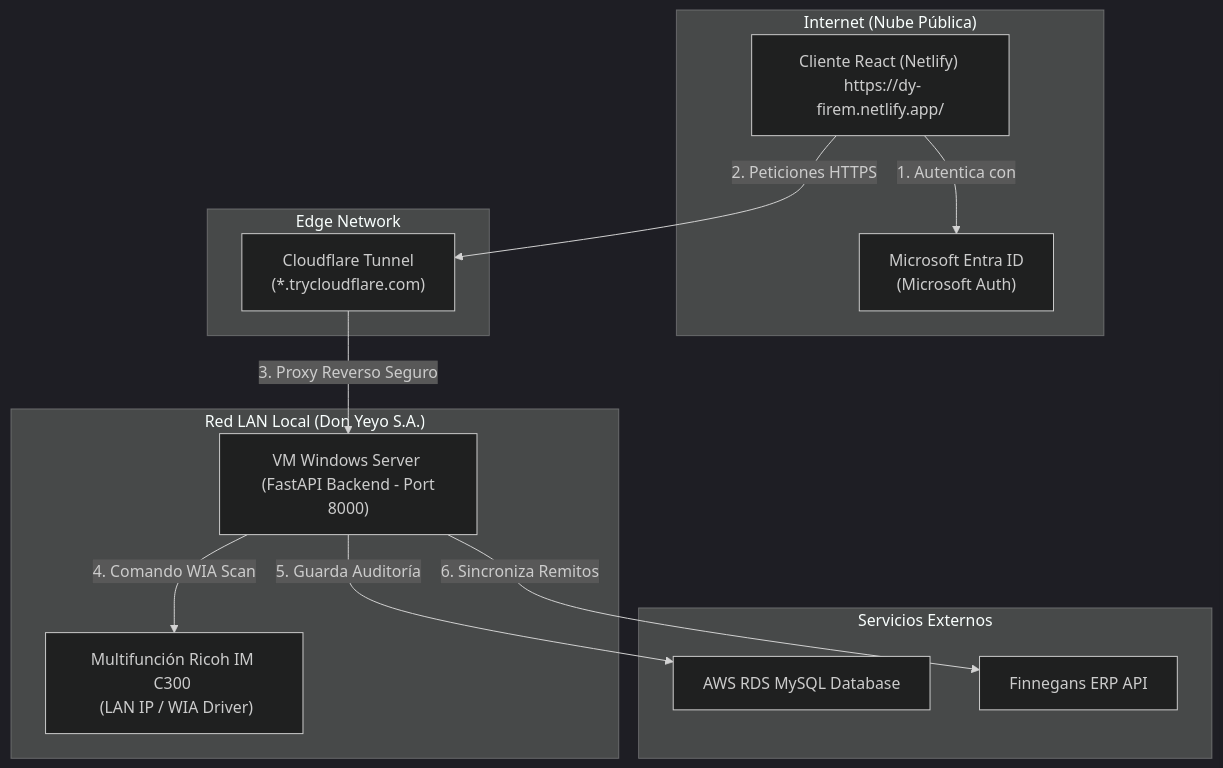
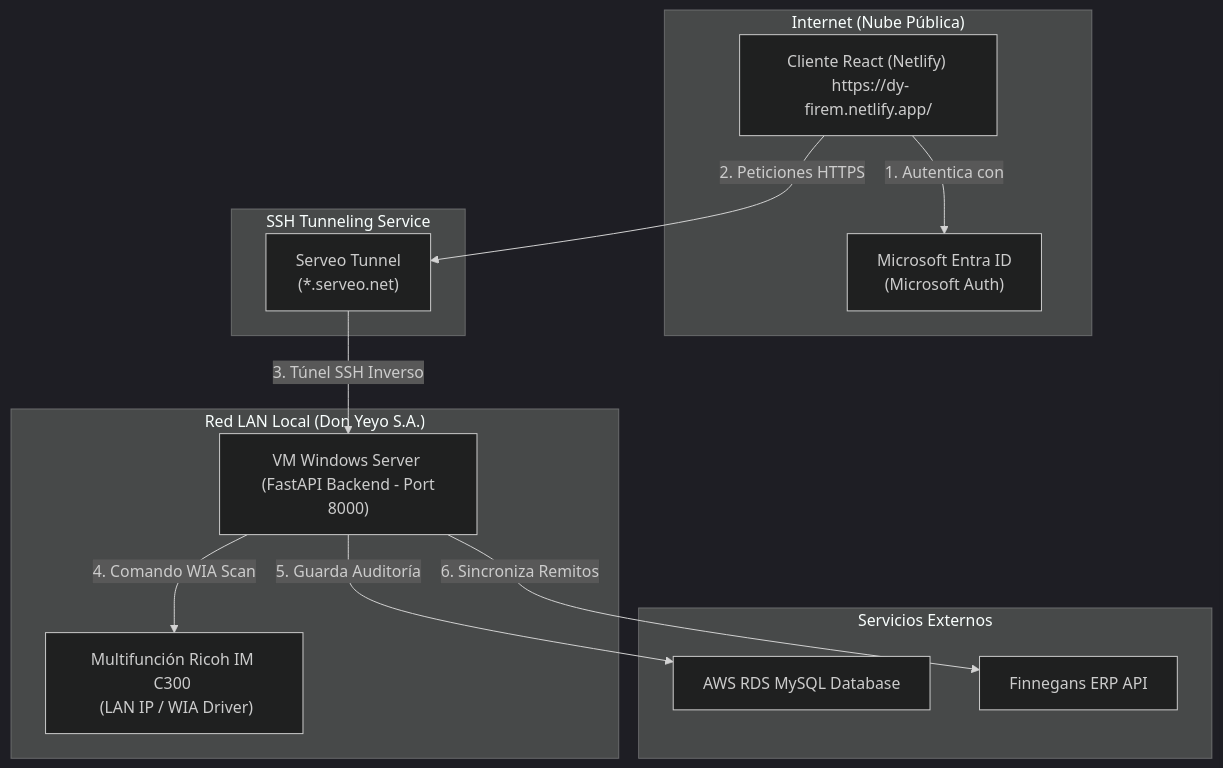
Before and after one commit to don-yeyo/dy_firma_remitos: the first of 2 diagrams in README.md, drawn with Mermaid (dark theme). The commit also changed other lines of this file and 2 other files, not shown here.

````diff
--- a/README.md
+++ b/README.md
@@ -99,25 +99,25 @@
 ```mermaid
 graph TD
     subgraph Internet ["Internet (Nube Pública)"]
         A["Cliente React (Netlify) <br> https://dy-firem.netlify.app/"]
         AAD["Microsoft Entra ID <br> (Microsoft Auth)"]
     end
-    subgraph Cloudflare ["Edge Network"]
-        CF["Cloudflare Tunnel <br> (*.trycloudflare.com)"]
+    subgraph Serveo ["SSH Tunneling Service"]
+        ST["Serveo Tunnel <br> (*.serveo.net)"]
     end
     subgraph Corporativo ["Red LAN Local (Don Yeyo S.A.)"]
         VM["VM Windows Server <br> (FastAPI Backend - Port 8000)"]
         R["Multifunción Ricoh IM C300 <br> (LAN IP / WIA Driver)"]
     end
     subgraph NubeTerceros ["Servicios Externos"]
         DB["AWS RDS MySQL Database"]
         ERP["Finnegans ERP API"]
     end
 
     A -->|1. Autentica con| AAD
-    A -->|2. Peticiones HTTPS| CF
-    CF -->|3. Proxy Reverso Seguro| VM
+    A -->|2. Peticiones HTTPS| ST
+    ST -->|3. Túnel SSH Inverso| VM
     VM -->|4. Comando WIA Scan| R
     VM -->|5. Guarda Auditoría| DB
     VM -->|6. Sincroniza Remitos| ERP
 ```
````
